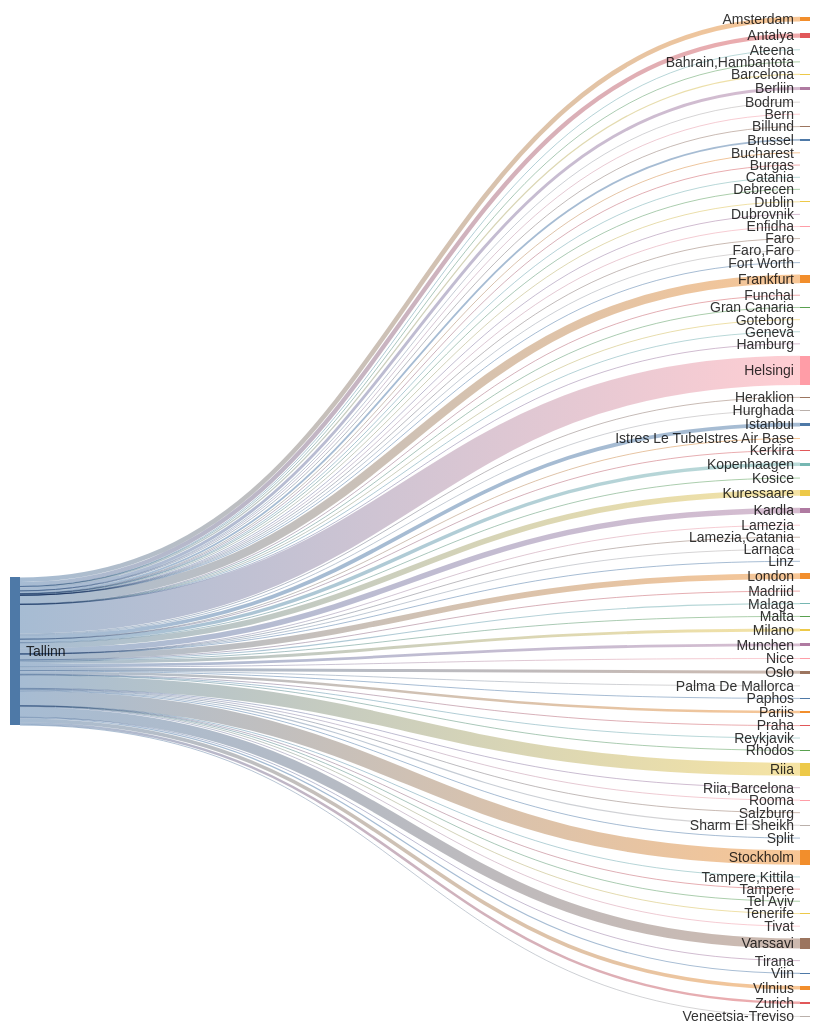
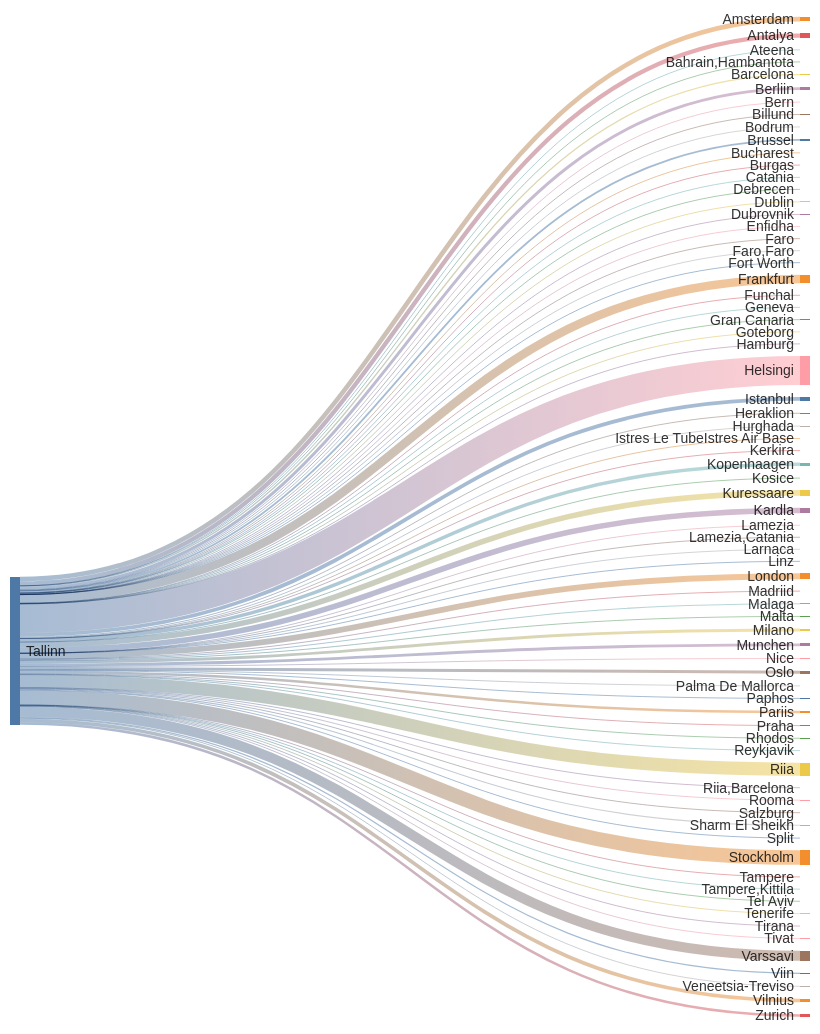
Before and after one commit to rainermesi/tll-airport-departures: the second of 2 diagrams in README.md, drawn with Mermaid. The commit also changed other lines of this file and 1 other file, not shown here.

````diff
--- a/README.md
+++ b/README.md
@@ -41,18 +41,18 @@
 ---
 sankey-beta
 %% source,target,value
-Tallinn,Amsterdam,409
-Tallinn,Antalya,385
+Tallinn,Amsterdam,411
+Tallinn,Antalya,388
 Tallinn,Ateena,16
 Tallinn,"Bahrain,Hambantota",1
-Tallinn,Barcelona,113
+Tallinn,Barcelona,115
 Tallinn,Berliin,264
 Tallinn,Bern,1
-Tallinn,Billund,66
+Tallinn,Billund,67
 Tallinn,Bodrum,11
 Tallinn,Brussel,166
 Tallinn,Bucharest,1
-Tallinn,Burgas,43
+Tallinn,Burgas,44
 Tallinn,Catania,2
 Tallinn,Debrecen,1
 Tallinn,Dublin,84
@@ -61,58 +61,58 @@
 Tallinn,Faro,4
 Tallinn,"Faro,Faro",1
 Tallinn,Fort Worth,1
-Tallinn,Frankfurt,768
+Tallinn,Frankfurt,771
 Tallinn,Funchal,5
 Tallinn,Geneva,13
 Tallinn,Gran Canaria,38
 Tallinn,Goteborg,1
 Tallinn,Hamburg,2
-Tallinn,Helsingi,2611
-Tallinn,Heraklion,78
+Tallinn,Helsingi,2620
+Tallinn,Heraklion,79
 Tallinn,Hurghada,75
-Tallinn,Istanbul,343
+Tallinn,Istanbul,344
 Tallinn,Istres Le TubeIstres Air Base,2
 Tallinn,Kerkira,4
 Tallinn,Kopenhaagen,316
 Tallinn,Kosice,1
-Tallinn,Kuressaare,499
-Tallinn,Kardla,499
+Tallinn,Kuressaare,500
+Tallinn,Kardla,500
 Tallinn,Lamezia,1
 Tallinn,"Lamezia,Catania",3
 Tallinn,Larnaca,4
 Tallinn,Linz,2
-Tallinn,London,520
+Tallinn,London,521
 Tallinn,Madriid,1
-Tallinn,Malaga,103
-Tallinn,Malta,23
+Tallinn,Malaga,104
+Tallinn,Malta,24
 Tallinn,Milano,261
 Tallinn,Munchen,254
 Tallinn,Nice,41
 Tallinn,Oslo,268
-Tallinn,Palma De Mallorca,27
+Tallinn,Palma De Mallorca,28
 Tallinn,Paphos,66
 Tallinn,Pariis,221
 Tallinn,Praha,70
-Tallinn,Reykjavik,9
+Tallinn,Reykjavik,10
 Tallinn,Rhodos,49
-Tallinn,Riia,1172
+Tallinn,Riia,1176
 Tallinn,"Riia,Barcelona",1
 Tallinn,Rooma,80
 Tallinn,Salzburg,14
 Tallinn,Sharm El Sheikh,98
 Tallinn,Split,42
-Tallinn,Stockholm,1301
+Tallinn,Stockholm,1305
 Tallinn,Tampere,17
 Tallinn,"Tampere,Kittila",21
 Tallinn,Tel Aviv,2
 Tallinn,Tenerife,58
 Tallinn,Tirana,23
 Tallinn,Tivat,50
-Tallinn,Varssavi,900
+Tallinn,Varssavi,903
 Tallinn,Veneetsia-Treviso,67
 Tallinn,Viin,106
 Tallinn,Vilnius,324
-Tallinn,Zurich,226
+Tallinn,Zurich,227
 
 
 ```
````
